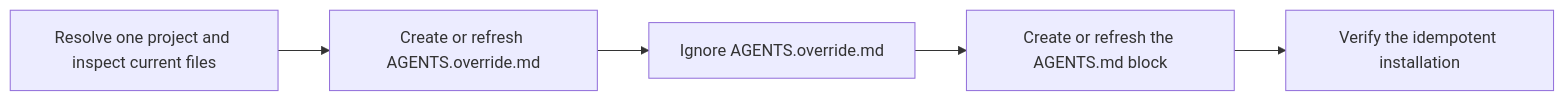
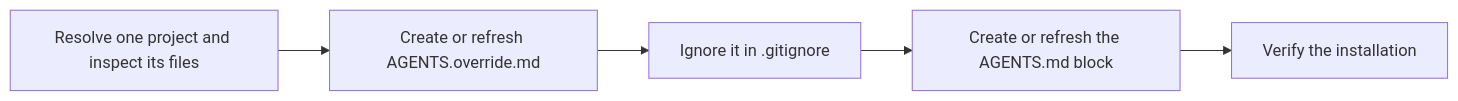
Before and after one commit to fam-tung-lam/ptlam-agent-plugin: the diagram in plugin/skills/ptlam-setup/SKILL.md, drawn with Mermaid. The commit also changed other lines of this file and 1734 other files, not shown here.

````diff
--- a/plugin/skills/ptlam-setup/SKILL.md
+++ b/plugin/skills/ptlam-setup/SKILL.md
@@ -15,7 +14,7 @@
 ```mermaid
 flowchart LR
-    InspectProject["Resolve one project and inspect current files"] --> RefreshOverride["Create or refresh AGENTS.override.md"]
-    RefreshOverride --> IgnoreOverride["Ignore AGENTS.override.md"]
+    InspectProject["Resolve one project and inspect its files"] --> RefreshOverride["Create or refresh AGENTS.override.md"]
+    RefreshOverride --> IgnoreOverride["Ignore it in .gitignore"]
     IgnoreOverride --> LinkFromAgents["Create or refresh the AGENTS.md block"]
-    LinkFromAgents --> VerifyInstallation["Verify the idempotent installation"]
+    LinkFromAgents --> VerifyInstallation["Verify the installation"]
 ```
````
